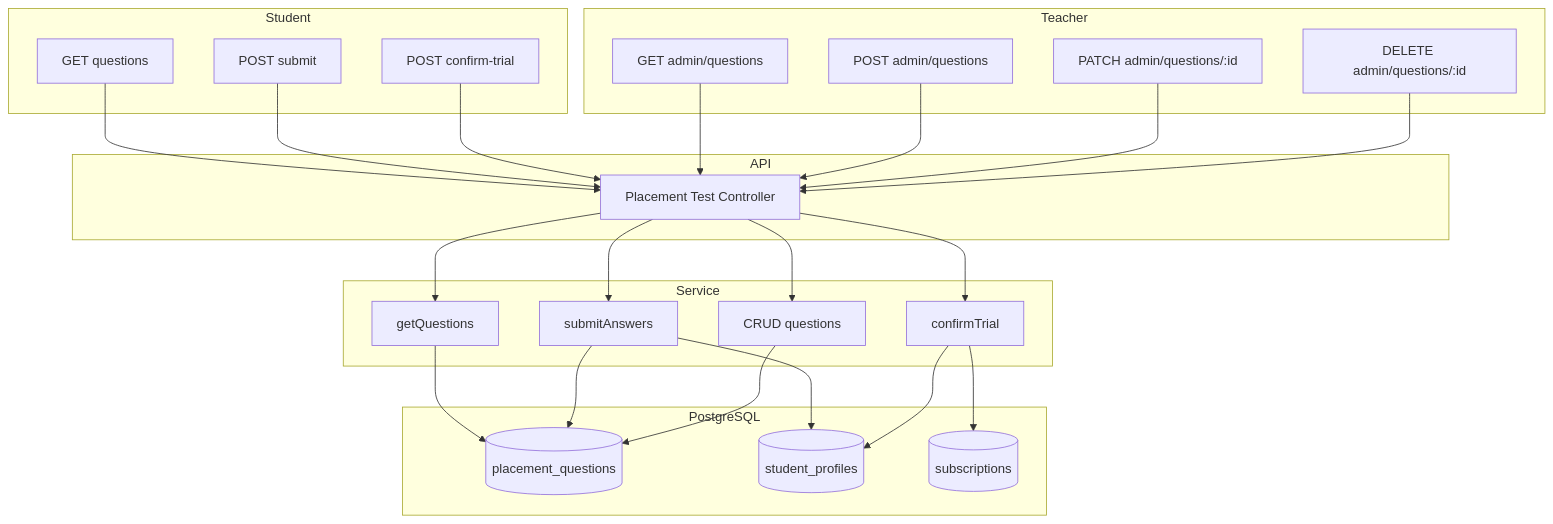
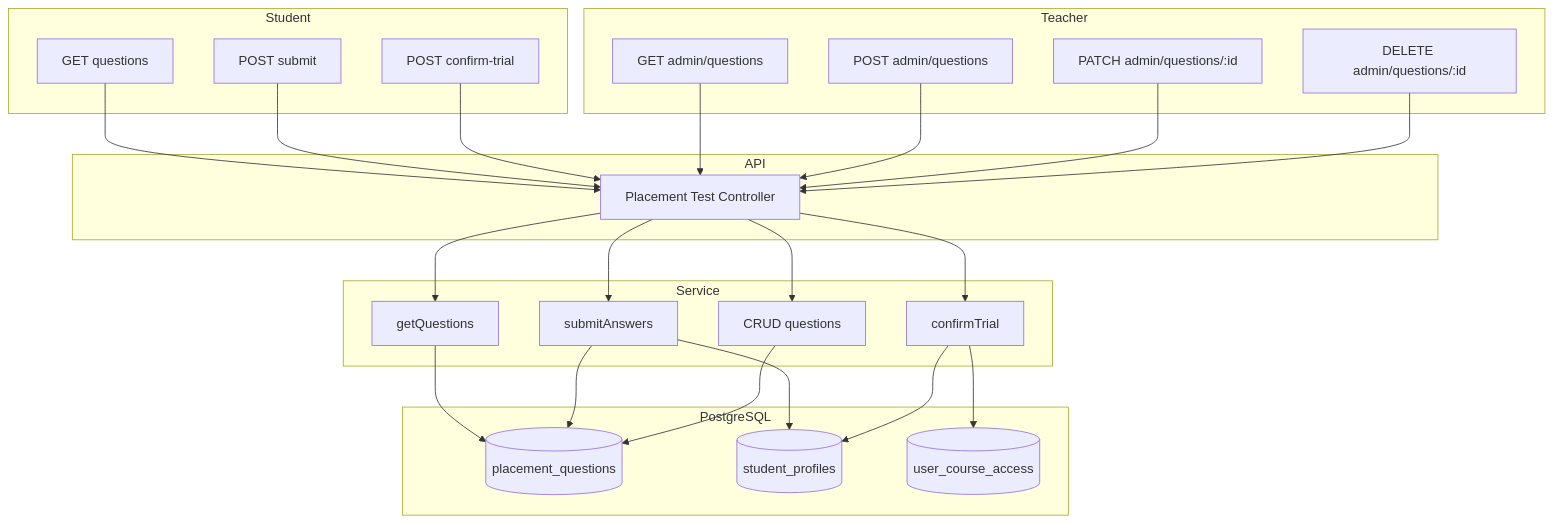
One commit to annnsvm/buero.de changed the diagram in docs/modules/02-placement-test.md. Above: the diagram before and after it, drawn with Mermaid. The commit also changed other lines of this file and 19 other files, not shown here.

Commit message:
Added diagrams and fix docs.

````diff
--- a/docs/modules/02-placement-test.md
+++ b/docs/modules/02-placement-test.md
@@ -69,50 +69,50 @@
 ```mermaid
 flowchart TB
     subgraph Student
         A[GET questions]
         B[POST submit]
         C[POST confirm-trial]
     end
 
     subgraph Teacher
         T1[GET admin/questions]
         T2[POST admin/questions]
         T3[PATCH admin/questions/:id]
         T4[DELETE admin/questions/:id]
     end
 
     subgraph API
         Ctrl[Placement Test Controller]
     end
 
     subgraph Service
         S1[getQuestions]
         S2[submitAnswers]
         S3[confirmTrial]
         S4[CRUD questions]
     end
 
     subgraph DB["PostgreSQL"]
         Q[(placement_questions)]
         SP[(student_profiles)]
-        Sub[(subscriptions)]
+        UCA[(user_course_access)]
     end
 
     A --> Ctrl
     B --> Ctrl
     C --> Ctrl
     T1 --> Ctrl
     T2 --> Ctrl
     T3 --> Ctrl
     T4 --> Ctrl
     Ctrl --> S1
     Ctrl --> S2
     Ctrl --> S3
     Ctrl --> S4
     S1 --> Q
     S2 --> Q
     S2 --> SP
     S3 --> SP
-    S3 --> Sub
+    S3 --> UCA
     S4 --> Q
 ```
````
